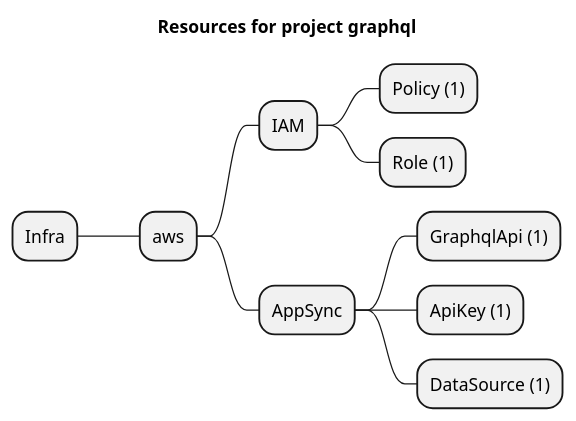
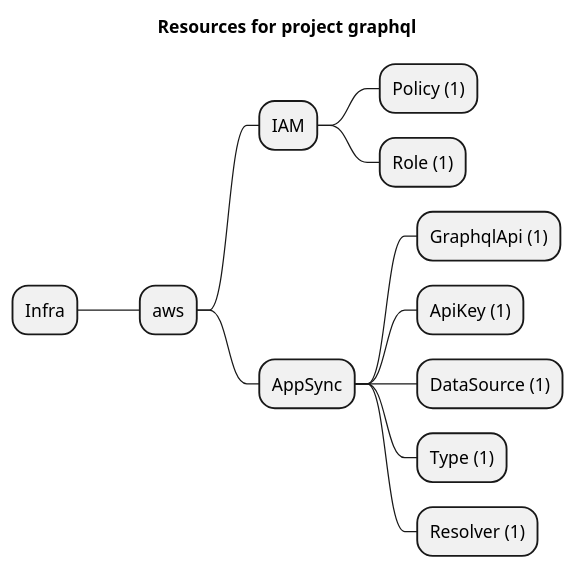
One commit to grucloud/grucloud changed the diagram in examples/aws/appSync/graphql/artifacts/resources-mindmap.puml. Above: the diagram before and after it, drawn with PlantUML. The commit also changed 16 other files, not shown here.

```diff
--- a/examples/aws/appSync/graphql/artifacts/resources-mindmap.puml
+++ b/examples/aws/appSync/graphql/artifacts/resources-mindmap.puml
@@ -1,13 +1,15 @@
 @startmindmap
 title Resources for project graphql
 skinparam monochrome true
 + Infra
 ++ aws
 +++ IAM
 ++++ Policy (1)
 ++++ Role (1)
 +++ AppSync
 ++++ GraphqlApi (1)
 ++++ ApiKey (1)
 ++++ DataSource (1)
+++++ Type (1)
+++++ Resolver (1)
 @endmindmap
```
